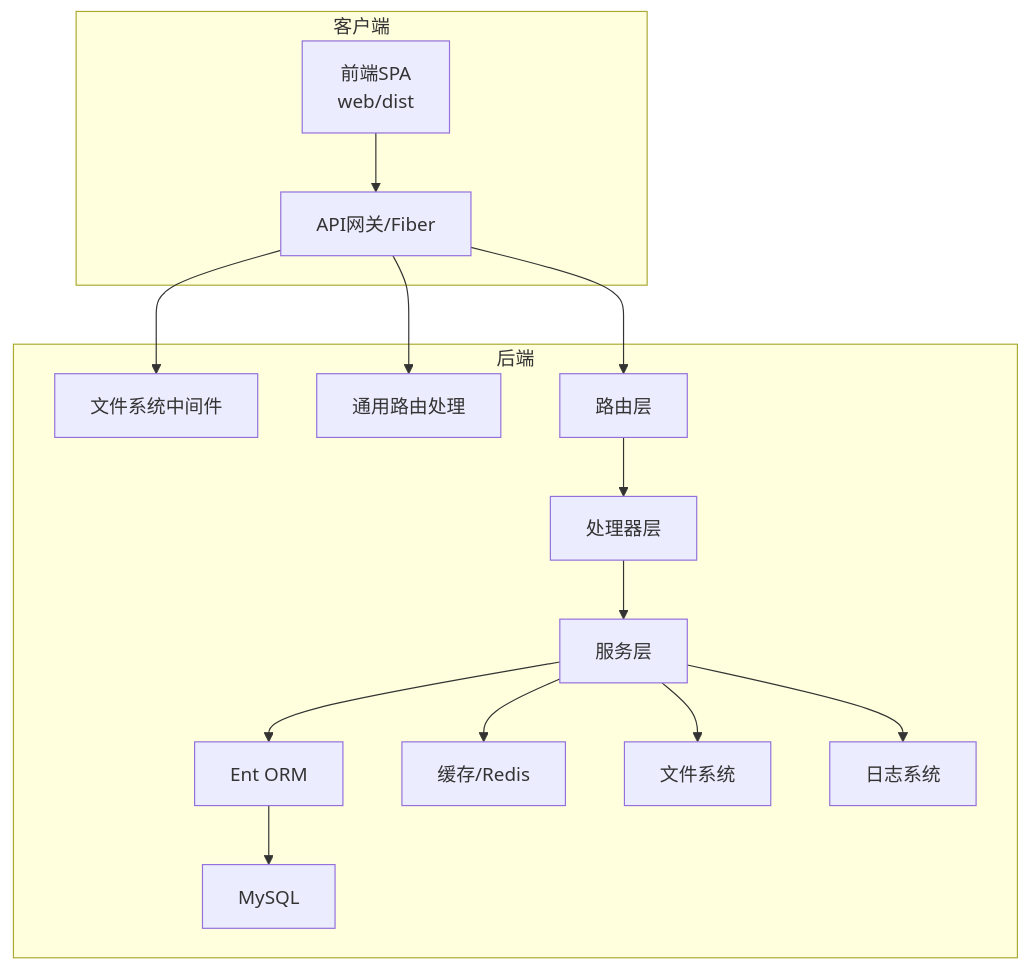
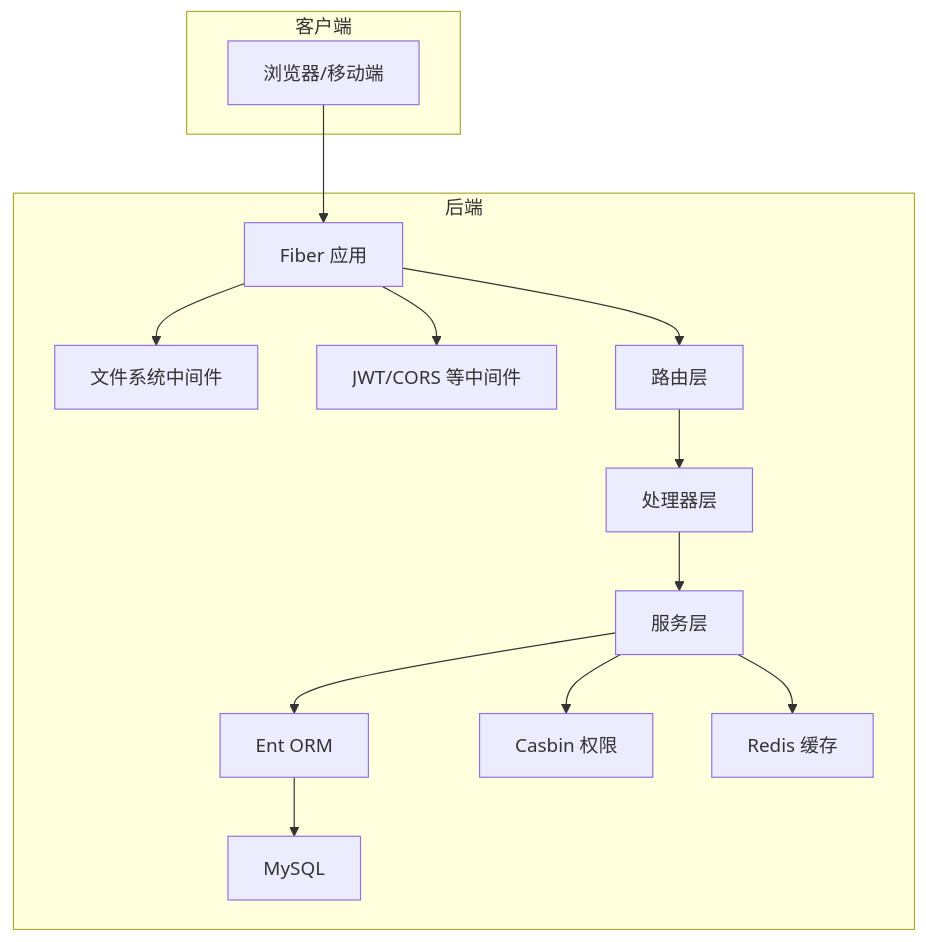
The second of 4 diagrams in .qoder/repowiki/zh/content/开发指南/开发环境搭建.md (wuwuseo/e-sports-go-admin), drawn with Mermaid before and after one commit. The commit also changed other lines of this file and 115 other files, not shown here.

````diff
--- a/.qoder/repowiki/zh/content/开发指南/开发环境搭建.md
+++ b/.qoder/repowiki/zh/content/开发指南/开发环境搭建.md
@@ -86,18 +79,28 @@
 ```mermaid
 graph TB
 subgraph "客户端"
-FE["前端SPA<br/>web/dist"] --> API["API网关/Fiber"]
+U["浏览器/移动端"]
 end
 subgraph "后端"
-API --> MW1["文件系统中间件"]
-API --> MW2["通用路由处理"]
-API --> R["路由层"]
-R --> H["处理器层"]
-H --> S["服务层"]
-S --> ORM["Ent ORM"]
-ORM --> DB["MySQL"]
-S --> CACHE["缓存/Redis"]
-S --> FS["文件系统"]
-S --> LOG["日志系统"]
+F["Fiber 应用"]
+MW1["文件系统中间件"]
+MW2["JWT/CORS 等中间件"]
+R["路由层"]
+H["处理器层"]
+S["服务层"]
+O["Ent ORM"]
+DB["MySQL"]
+C["Casbin 权限"]
+RC["Redis 缓存"]
 end
+U --> F
+F --> MW1
+F --> MW2
+F --> R
+R --> H
+H --> S
+S --> O
+O --> DB
+S --> C
+S --> RC
 ```
````
